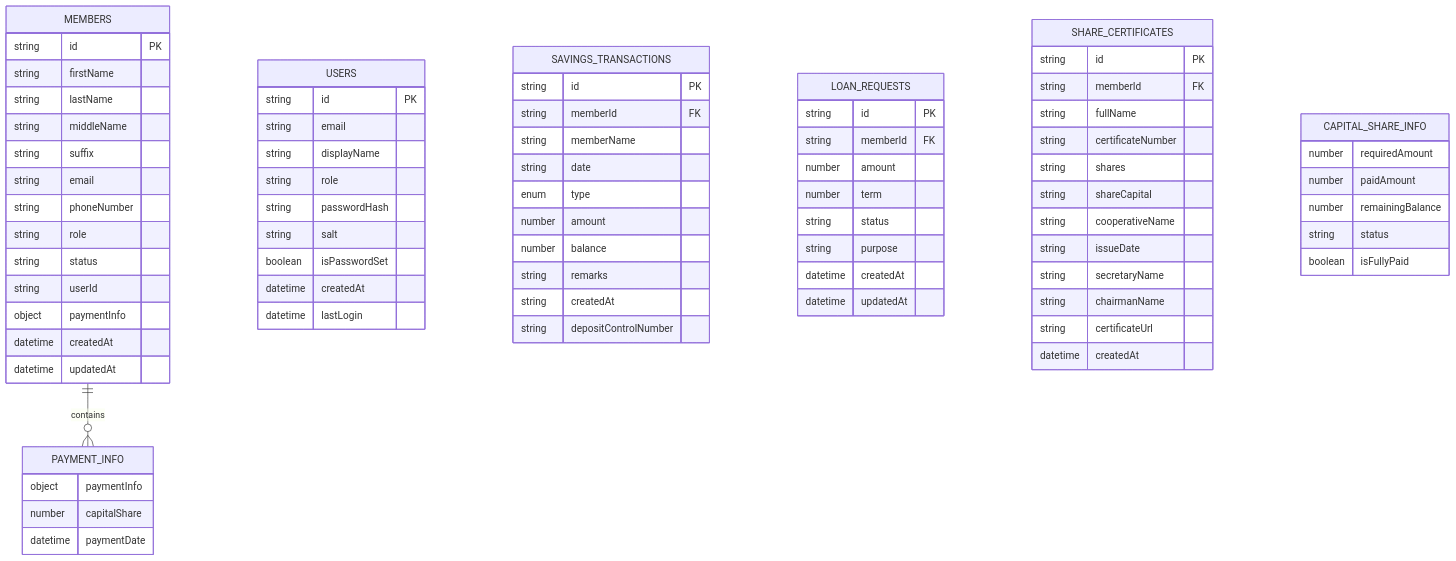
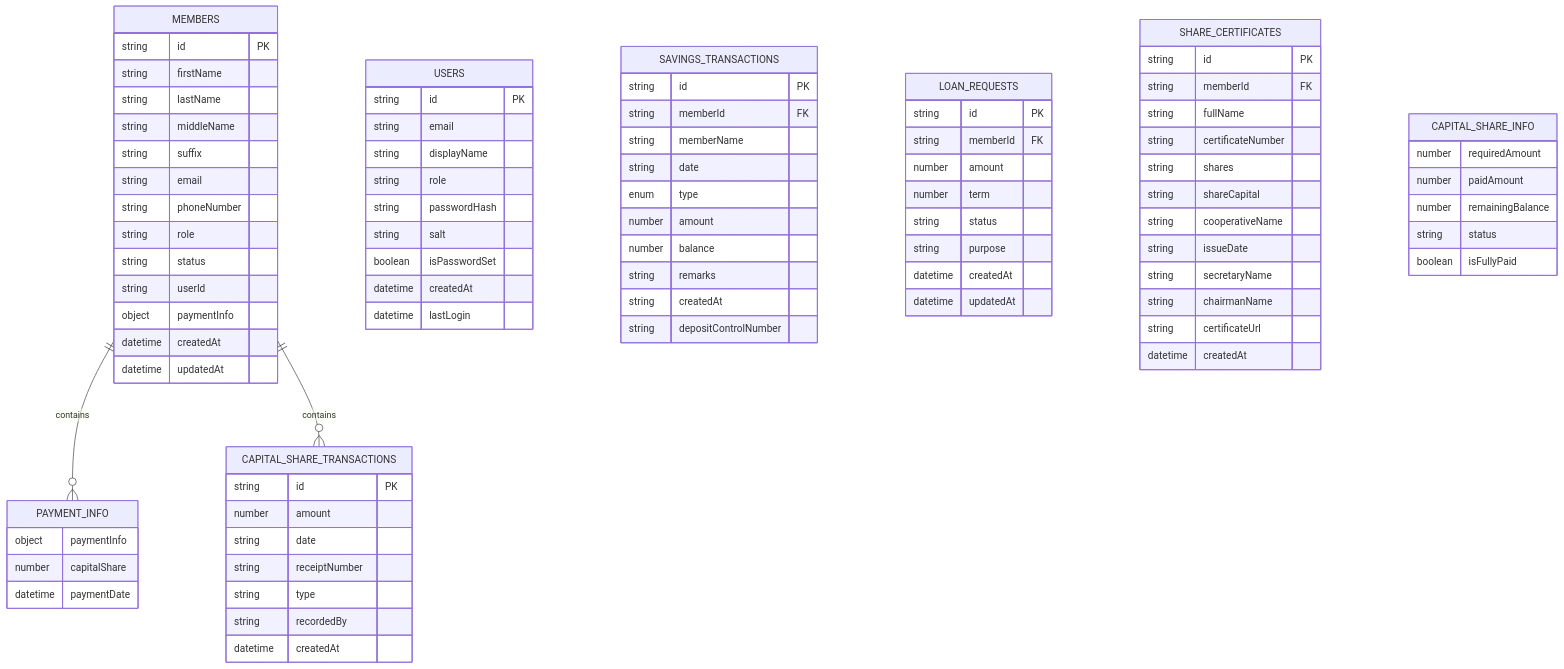
One commit to Unsure-bry/sampacoop_system changed the second of 15 diagrams in .qoder/repowiki/en/content/Project Overview/Core Features & Functionality/Administrative Features/Capital Shares Management System.md. Above: the diagram before and after it, drawn with Mermaid. The commit also changed other lines of this file and 5 other files, not shown here.

````diff
--- a/.qoder/repowiki/en/content/Project Overview/Core Features & Functionality/Administrative Features/Capital Shares Management System.md
+++ b/.qoder/repowiki/en/content/Project Overview/Core Features & Functionality/Administrative Features/Capital Shares Management System.md
@@ -223,5 +230,15 @@
 number capitalShare
 datetime paymentDate
 }
+CAPITAL_SHARE_TRANSACTIONS {
+string id PK
+number amount
+string date
+string receiptNumber
+string type
+string recordedBy
+datetime createdAt
+}
 MEMBERS ||--o{ PAYMENT_INFO : contains
+MEMBERS ||--o{ CAPITAL_SHARE_TRANSACTIONS : contains
 ```
````
